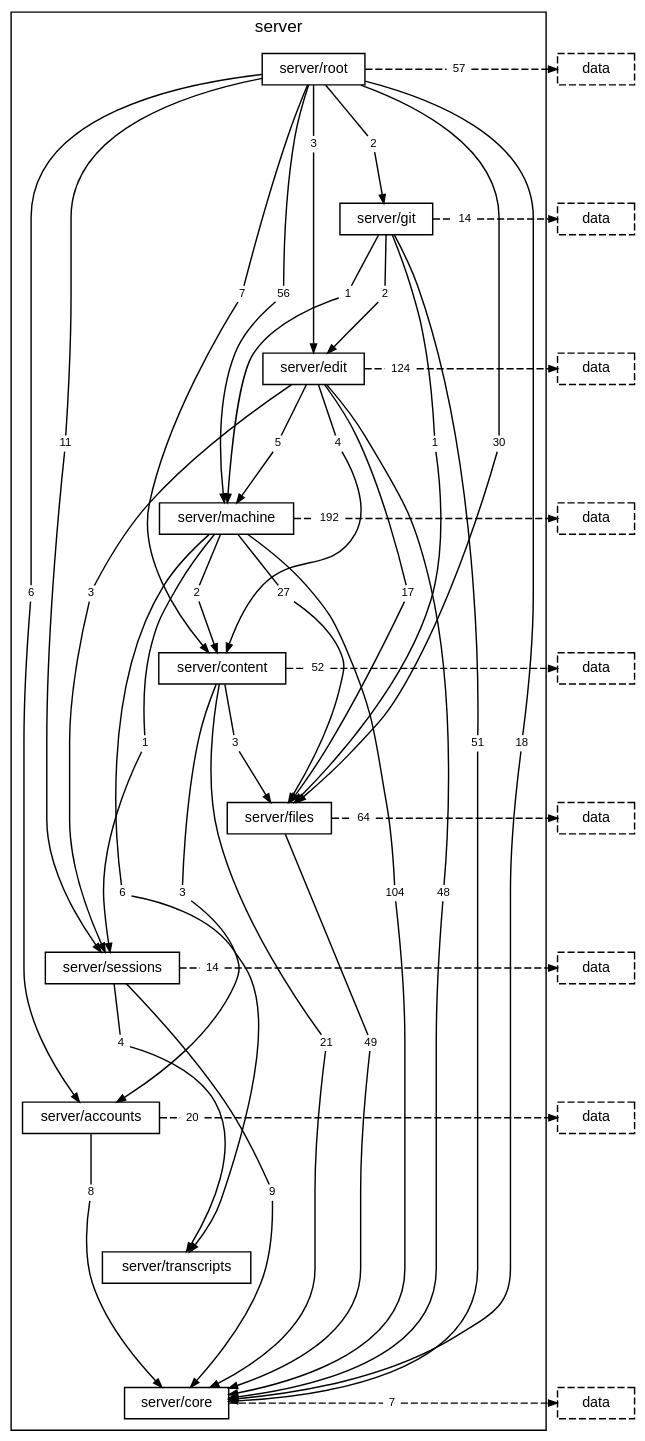
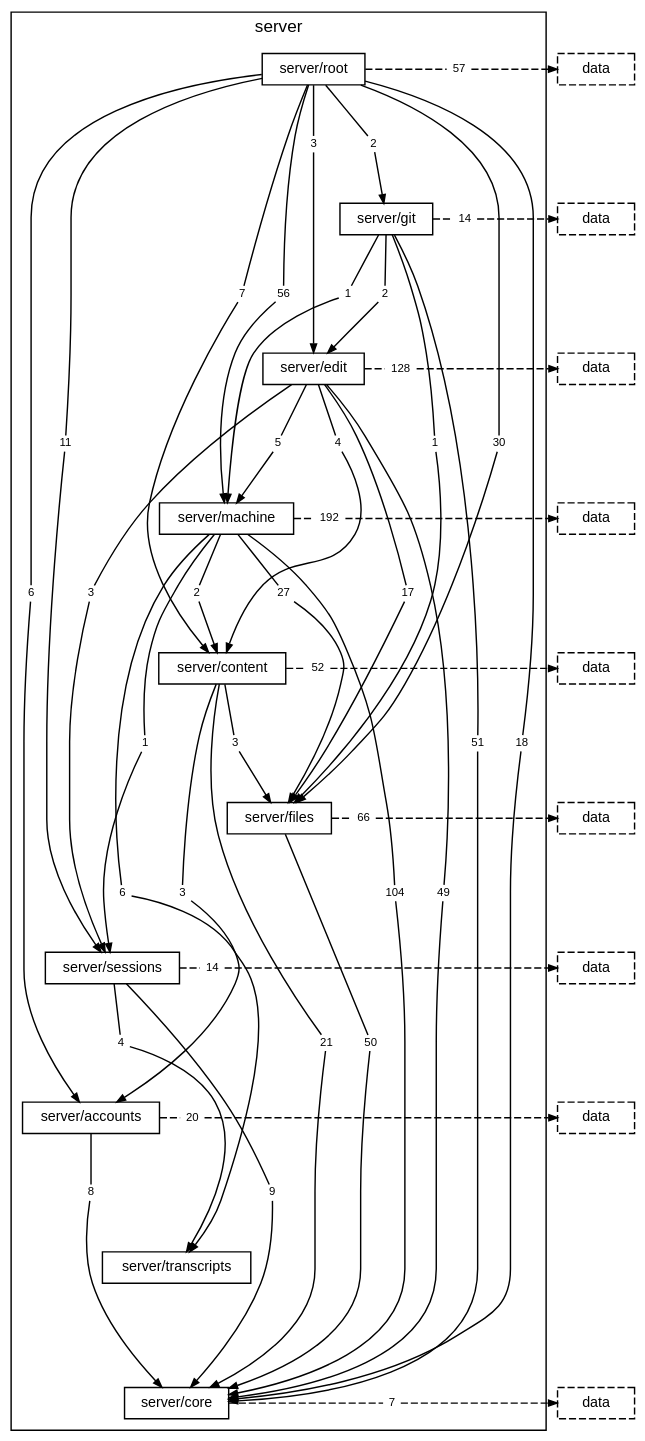
One commit to TheAxeC/oculus changed the diagram in docs/diagrams/layer-server.dot. Above: the diagram before and after it, drawn with Graphviz. The commit also changed 67 other files, not shown here.

```diff
--- a/docs/diagrams/layer-server.dot
+++ b/docs/diagrams/layer-server.dot
@@ -29,11 +29,11 @@
         "folder server/git to folder server/machine" [label="1", shape=box, color="transparent", fontsize=8, width=0, height=0, margin="0.04,0.02"];
         "folder server/git to layer data" [label="14", shape=box, color="transparent", fontsize=8, width=0, height=0, margin="0.04,0.02"];
         "folder server/edit to folder server/content" [label="4", shape=box, color="transparent", fontsize=8, width=0, height=0, margin="0.04,0.02"];
-        "folder server/edit to folder server/core" [label="48", shape=box, color="transparent", fontsize=8, width=0, height=0, margin="0.04,0.02"];
+        "folder server/edit to folder server/core" [label="49", shape=box, color="transparent", fontsize=8, width=0, height=0, margin="0.04,0.02"];
         "folder server/edit to folder server/files" [label="17", shape=box, color="transparent", fontsize=8, width=0, height=0, margin="0.04,0.02"];
         "folder server/edit to folder server/machine" [label="5", shape=box, color="transparent", fontsize=8, width=0, height=0, margin="0.04,0.02"];
         "folder server/edit to folder server/sessions" [label="3", shape=box, color="transparent", fontsize=8, width=0, height=0, margin="0.04,0.02"];
-        "folder server/edit to layer data" [label="124", shape=box, color="transparent", fontsize=8, width=0, height=0, margin="0.04,0.02"];
+        "folder server/edit to layer data" [label="128", shape=box, color="transparent", fontsize=8, width=0, height=0, margin="0.04,0.02"];
         "folder server/machine to folder server/content" [label="2", shape=box, color="transparent", fontsize=8, width=0, height=0, margin="0.04,0.02"];
         "folder server/machine to folder server/core" [label="104", shape=box, color="transparent", fontsize=8, width=0, height=0, margin="0.04,0.02"];
         "folder server/machine to folder server/files" [label="27", shape=box, color="transparent", fontsize=8, width=0, height=0, margin="0.04,0.02"];
@@ -44,8 +44,8 @@
         "folder server/content to folder server/core" [label="21", shape=box, color="transparent", fontsize=8, width=0, height=0, margin="0.04,0.02"];
         "folder server/content to folder server/files" [label="3", shape=box, color="transparent", fontsize=8, width=0, height=0, margin="0.04,0.02"];
         "folder server/content to layer data" [label="52", shape=box, color="transparent", fontsize=8, width=0, height=0, margin="0.04,0.02"];
-        "folder server/files to folder server/core" [label="49", shape=box, color="transparent", fontsize=8, width=0, height=0, margin="0.04,0.02"];
-        "folder server/files to layer data" [label="64", shape=box, color="transparent", fontsize=8, width=0, height=0, margin="0.04,0.02"];
+        "folder server/files to folder server/core" [label="50", shape=box, color="transparent", fontsize=8, width=0, height=0, margin="0.04,0.02"];
+        "folder server/files to layer data" [label="66", shape=box, color="transparent", fontsize=8, width=0, height=0, margin="0.04,0.02"];
         "folder server/sessions to folder server/core" [label="9", shape=box, color="transparent", fontsize=8, width=0, height=0, margin="0.04,0.02"];
         "folder server/sessions to folder server/transcripts" [label="4", shape=box, color="transparent", fontsize=8, width=0, height=0, margin="0.04,0.02"];
         "folder server/sessions to layer data" [label="14", shape=box, color="transparent", fontsize=8, width=0, height=0, margin="0.04,0.02"];
```
